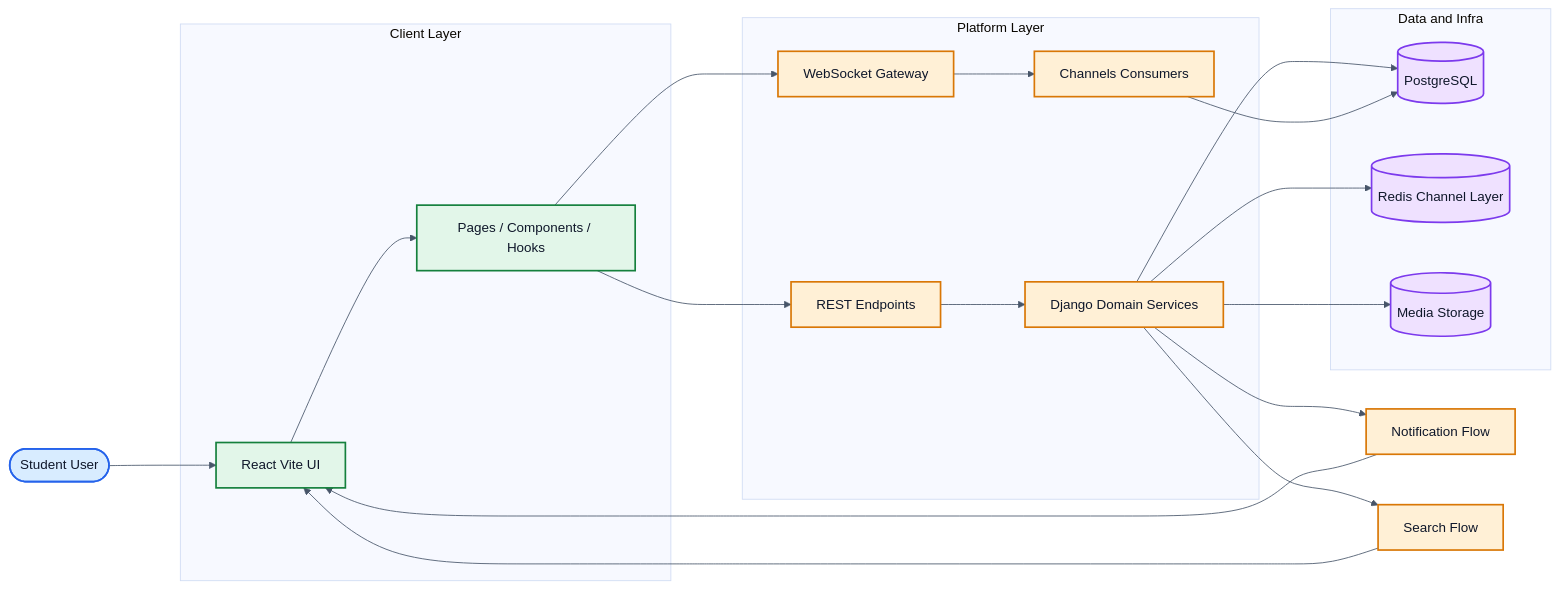
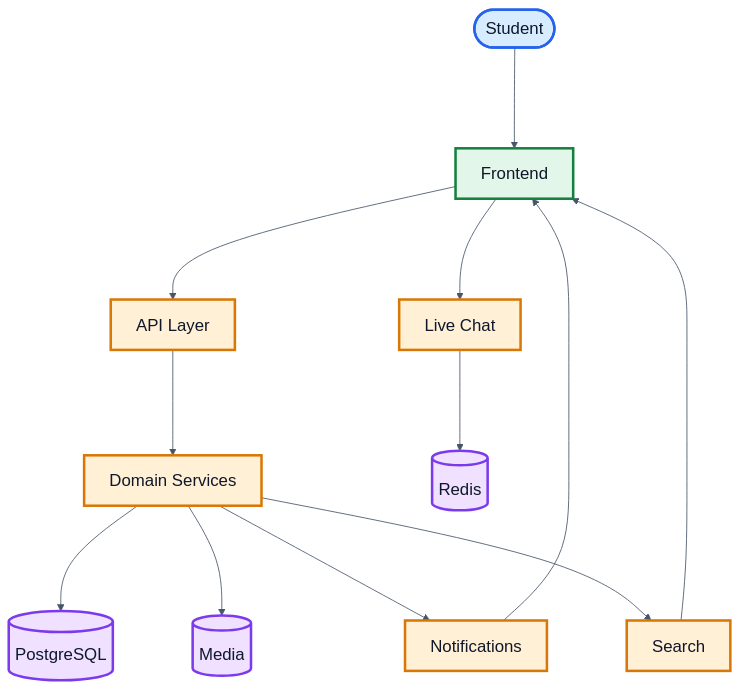
The first of 3 diagrams in README.md (asef69/Core-BUETian--Your-BUETian-Social-Media-App), drawn with Mermaid before and after one commit.

Commit message:
final code push from Asef,may Allah grant us reward for the hardwork we have done for the past 3 months for the project

````diff
--- a/README.md
+++ b/README.md
@@ -32,38 +32,25 @@
 ```mermaid
-%%{init: {'theme':'base', 'flowchart': {'curve': 'basis', 'nodeSpacing': 60, 'rankSpacing': 85}, 'themeVariables': { 'fontFamily': 'Segoe UI, Inter, sans-serif', 'fontSize': '16px', 'primaryTextColor': '#0F172A', 'textColor': '#0F172A', 'lineColor': '#475569', 'background': '#ffffff' }}}%%
-flowchart LR
-    U([Student User]) --> FE[React Vite UI]
-
-  subgraph Client Layer[Client Layer]
-    FE --> UX[Pages / Components / Hooks]
-    end
-
-  subgraph Platform Layer[Platform Layer]
-        UX --> API[REST Endpoints]
-        UX --> WS[WebSocket Gateway]
-    API --> SRV[Django Domain Services]
-        WS --> CHAT[Channels Consumers]
-    end
-
-  subgraph Data and Infra[Data and Infra]
+%%{init: {'theme':'base', 'flowchart': {'curve': 'basis', 'nodeSpacing': 95, 'rankSpacing': 120}, 'themeVariables': { 'fontFamily': 'Segoe UI, Inter, sans-serif', 'fontSize': '20px', 'primaryTextColor': '#0F172A', 'textColor': '#0F172A', 'lineColor': '#475569', 'background': '#ffffff' }}}%%
+flowchart TD
+    U([Student]) --> FE[Frontend]
+    FE --> API[API Layer]
+    FE --> WS[Live Chat]
+    API --> SRV[Domain Services]
     SRV --> DB[(PostgreSQL)]
-    CHAT --> DB
-        SRV --> REDIS[(Redis Channel Layer)]
-    SRV --> MEDIA[(Media Storage)]
-    end
-
-    SRV --> NOTIF[Notification Flow]
-    SRV --> SEARCH[Search Flow]
+    WS --> REDIS[(Redis)]
+    SRV --> MEDIA[(Media)]
+    SRV --> NOTIF[Notifications]
+    SRV --> SEARCH[Search]
     NOTIF --> FE
     SEARCH --> FE
 
-    classDef user fill:#D8ECFF,stroke:#2563EB,stroke-width:2px,color:#0F172A;
-    classDef client fill:#E2F6E9,stroke:#15803D,stroke-width:2px,color:#0F172A;
-    classDef platform fill:#FFF0D6,stroke:#D97706,stroke-width:2px,color:#0F172A;
-    classDef data fill:#EFE1FF,stroke:#7C3AED,stroke-width:2px,color:#0F172A;
+    classDef user fill:#D8ECFF,stroke:#2563EB,stroke-width:3px,color:#0F172A;
+    classDef client fill:#E2F6E9,stroke:#15803D,stroke-width:3px,color:#0F172A;
+    classDef platform fill:#FFF0D6,stroke:#D97706,stroke-width:3px,color:#0F172A;
+    classDef data fill:#EFE1FF,stroke:#7C3AED,stroke-width:3px,color:#0F172A;
 
     class U user;
-    class FE,UX client;
-    class API,WS,SRV,CHAT,NOTIF,SEARCH platform;
+    class FE client;
+    class API,WS,SRV,NOTIF,SEARCH platform;
     class DB,REDIS,MEDIA data;
 ```
````
